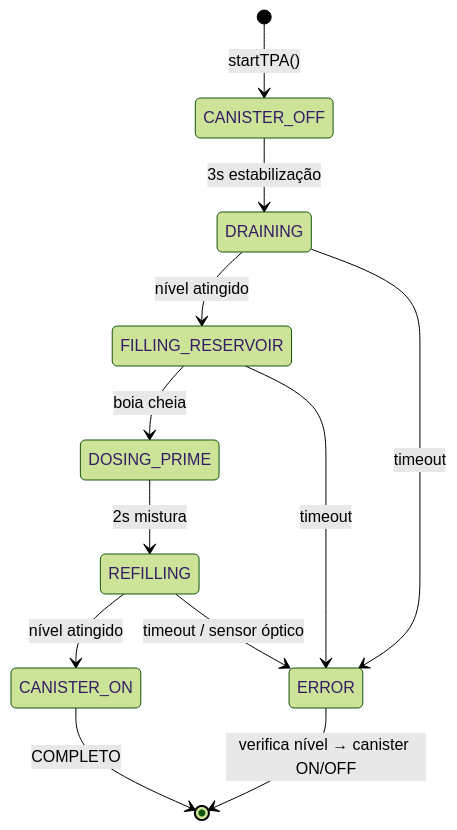
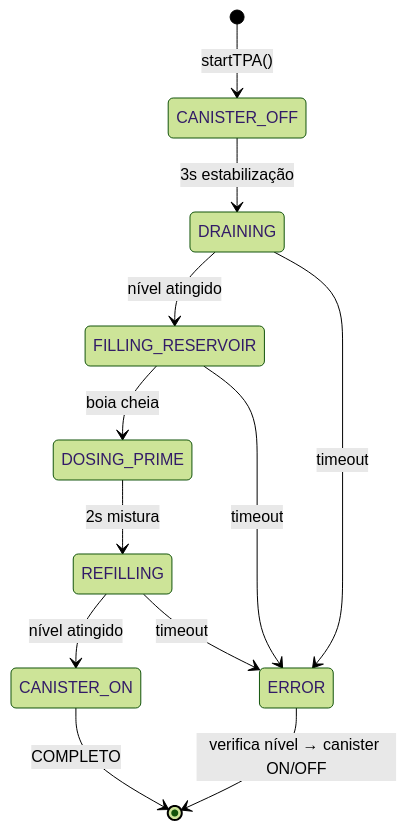
The first of 2 diagrams in README.pt-BR.md (PhilipeGatis/IARA), drawn with Mermaid (forest theme) before and after one commit. The commit also changed other lines of this file and 9 other files, not shown here.

````diff
--- a/README.pt-BR.md
+++ b/README.pt-BR.md
@@ -75,15 +75,15 @@
 ```mermaid
 stateDiagram-v2
     [*] --> CANISTER_OFF: startTPA()
     CANISTER_OFF --> DRAINING: 3s estabilização
     DRAINING --> FILLING_RESERVOIR: nível atingido
     FILLING_RESERVOIR --> DOSING_PRIME: boia cheia
     DOSING_PRIME --> REFILLING: 2s mistura
     REFILLING --> CANISTER_ON: nível atingido
     CANISTER_ON --> [*]: COMPLETO
 
     DRAINING --> ERROR: timeout
     FILLING_RESERVOIR --> ERROR: timeout
-    REFILLING --> ERROR: timeout / sensor óptico
+    REFILLING --> ERROR: timeout
     ERROR --> [*]: verifica nível → canister ON/OFF
 ```
````
